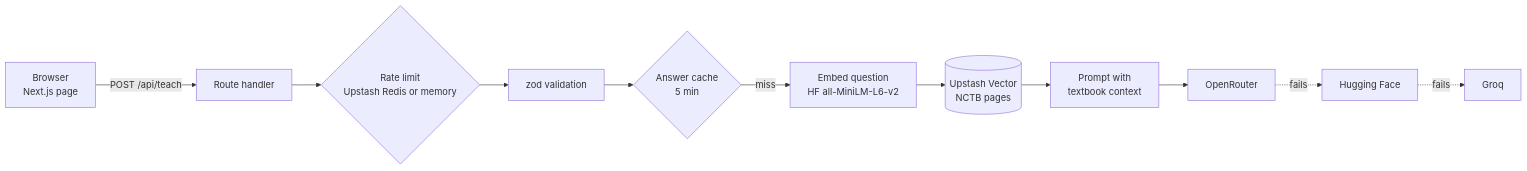
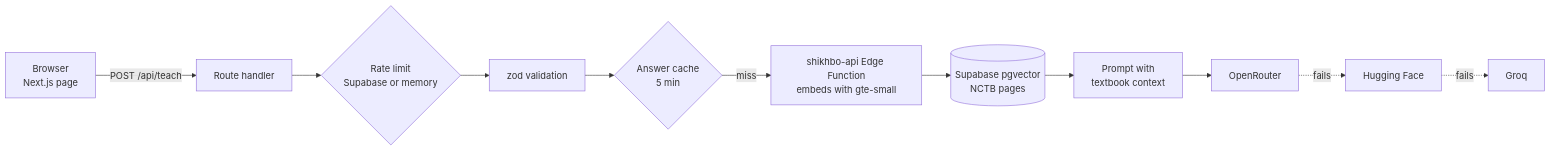
Before and after one commit to tahmidbintaslim/Shikhbo-AI: the diagram in README.md, drawn with Mermaid. The commit also changed other lines of this file and 24 other files, not shown here.

First line of the commit message:
feat(store): move storage from Upstash to Supabase (#17)

````diff
--- a/README.md
+++ b/README.md
@@ -29,13 +29,13 @@
 ```mermaid
 flowchart LR
   B[Browser<br/>Next.js page] -->|POST /api/teach| R[Route handler]
-  R --> L{Rate limit<br/>Upstash Redis or memory}
+  R --> L{Rate limit<br/>Supabase or memory}
   L --> V[zod validation]
   V --> C{Answer cache<br/>5 min}
-  C -->|miss| E[Embed question<br/>HF all-MiniLM-L6-v2]
-  E --> Q[(Upstash Vector<br/>NCTB pages)]
+  C -->|miss| E[shikhbo-api Edge Function<br/>embeds with gte-small]
+  E --> Q[(Supabase pgvector<br/>NCTB pages)]
   Q --> P[Prompt with<br/>textbook context]
   P --> O[OpenRouter]
   O -.fails.-> H[Hugging Face]
   H -.fails.-> G[Groq]
 ```
````
